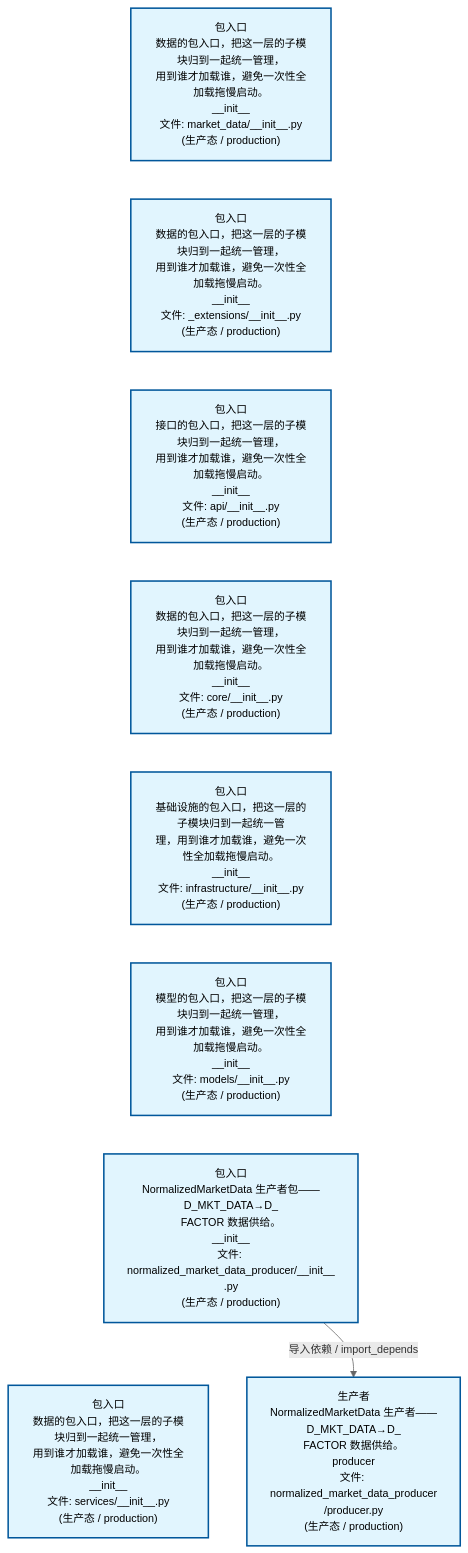
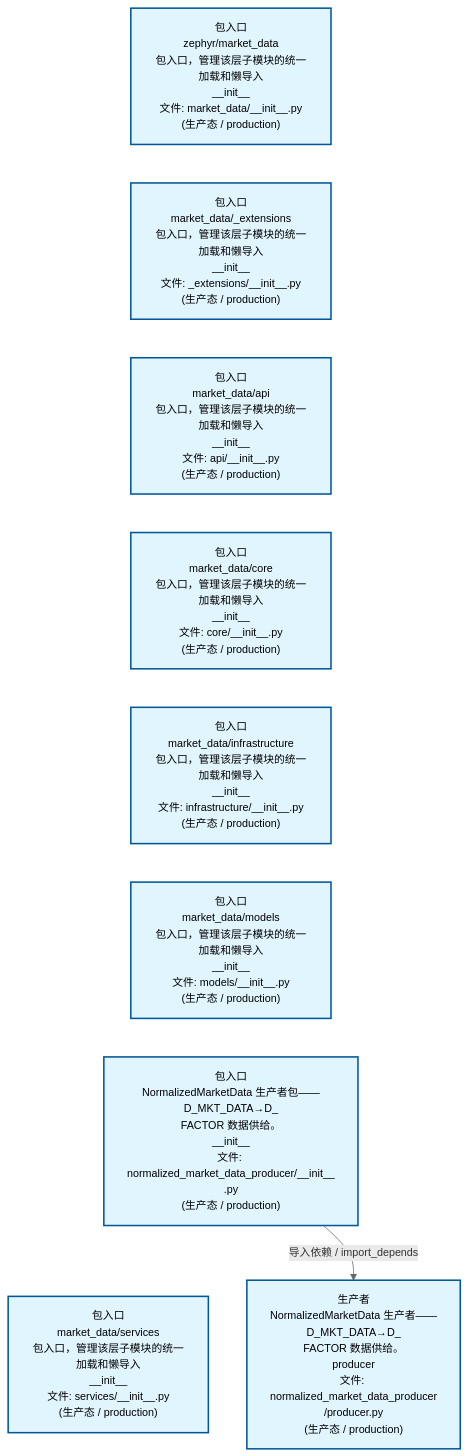
One commit to xuanFelixVan/ZephyrAlpha changed the second of 4 diagrams in docs/02_enterprise_architecture/02_domain_architecture_docs/23_d_mkt_data.md. Above: the diagram before and after it, drawn with Mermaid. The commit also changed other lines of this file and 60 other files, not shown here.

````diff
--- a/docs/02_enterprise_architecture/02_domain_architecture_docs/23_d_mkt_data.md
+++ b/docs/02_enterprise_architecture/02_domain_architecture_docs/23_d_mkt_data.md
@@ -112,26 +112,26 @@
 ```mermaid
 %%{init: {'theme': 'base', 'themeVariables': {'primaryColor': '#eaeaea', 'primaryTextColor': '#333333', 'primaryBorderColor': '#666666', 'lineColor': '#666666', 'secondaryColor': '#eaeaea', 'tertiaryColor': '#eaeaea', 'fontSize': '14px'}}}%%
 flowchart TD
-    src_zephyr_market_data_init_py["包入口<br/>数据的包入口，把这一层的子模块归到一起统一管理，<br/>用到谁才加载谁，避免一次性全加载拖慢启动。<br/>__init__<br/>文件: market_data/__init__.py<br/>(生产态 / production)"]
-    src_zephyr_market_data_extensions_init_py["包入口<br/>数据的包入口，把这一层的子模块归到一起统一管理，<br/>用到谁才加载谁，避免一次性全加载拖慢启动。<br/>__init__<br/>文件: _extensions/__init__.py<br/>(生产态 / production)"]
-    src_zephyr_market_data_api_init_py["包入口<br/>接口的包入口，把这一层的子模块归到一起统一管理，<br/>用到谁才加载谁，避免一次性全加载拖慢启动。<br/>__init__<br/>文件: api/__init__.py<br/>(生产态 / production)"]
-    src_zephyr_market_data_core_init_py["包入口<br/>数据的包入口，把这一层的子模块归到一起统一管理，<br/>用到谁才加载谁，避免一次性全加载拖慢启动。<br/>__init__<br/>文件: core/__init__.py<br/>(生产态 / production)"]
-    src_zephyr_market_data_infrastructure_init_py["包入口<br/>基础设施的包入口，把这一层的子模块归到一起统一管<br/>理，用到谁才加载谁，避免一次性全加载拖慢启动。<br/>__init__<br/>文件: infrastructure/__init__.py<br/>(生产态 / production)"]
-    src_zephyr_market_data_models_init_py["包入口<br/>模型的包入口，把这一层的子模块归到一起统一管理，<br/>用到谁才加载谁，避免一次性全加载拖慢启动。<br/>__init__<br/>文件: models/__init__.py<br/>(生产态 / production)"]
+    src_zephyr_market_data_init_py["包入口<br/>zephyr/market_data<br/>包入口，管理该层子模块的统一加载和懒导入<br/>__init__<br/>文件: market_data/__init__.py<br/>(生产态 / production)"]
+    src_zephyr_market_data_extensions_init_py["包入口<br/>market_data/_extensions<br/>包入口，管理该层子模块的统一加载和懒导入<br/>__init__<br/>文件: _extensions/__init__.py<br/>(生产态 / production)"]
+    src_zephyr_market_data_api_init_py["包入口<br/>market_data/api<br/>包入口，管理该层子模块的统一加载和懒导入<br/>__init__<br/>文件: api/__init__.py<br/>(生产态 / production)"]
+    src_zephyr_market_data_core_init_py["包入口<br/>market_data/core<br/>包入口，管理该层子模块的统一加载和懒导入<br/>__init__<br/>文件: core/__init__.py<br/>(生产态 / production)"]
+    src_zephyr_market_data_infrastructure_init_py["包入口<br/>market_data/infrastructure<br/>包入口，管理该层子模块的统一加载和懒导入<br/>__init__<br/>文件: infrastructure/__init__.py<br/>(生产态 / production)"]
+    src_zephyr_market_data_models_init_py["包入口<br/>market_data/models<br/>包入口，管理该层子模块的统一加载和懒导入<br/>__init__<br/>文件: models/__init__.py<br/>(生产态 / production)"]
     src_zephyr_market_data_normalized_market_data_producer_init_py["包入口<br/>NormalizedMarketData 生产者包——D_MKT_DATA→D_<br/>FACTOR 数据供给。<br/>__init__<br/>文件: normalized_market_data_producer/__init__<br/>.py<br/>(生产态 / production)"]
-    src_zephyr_market_data_services_init_py["包入口<br/>数据的包入口，把这一层的子模块归到一起统一管理，<br/>用到谁才加载谁，避免一次性全加载拖慢启动。<br/>__init__<br/>文件: services/__init__.py<br/>(生产态 / production)"]
+    src_zephyr_market_data_services_init_py["包入口<br/>market_data/services<br/>包入口，管理该层子模块的统一加载和懒导入<br/>__init__<br/>文件: services/__init__.py<br/>(生产态 / production)"]
     src_zephyr_market_data_init_py ~~~ src_zephyr_market_data_extensions_init_py
     src_zephyr_market_data_extensions_init_py ~~~ src_zephyr_market_data_api_init_py
     src_zephyr_market_data_api_init_py ~~~ src_zephyr_market_data_core_init_py
     src_zephyr_market_data_core_init_py ~~~ src_zephyr_market_data_infrastructure_init_py
     src_zephyr_market_data_infrastructure_init_py ~~~ src_zephyr_market_data_models_init_py
     src_zephyr_market_data_models_init_py ~~~ src_zephyr_market_data_normalized_market_data_producer_init_py
     src_zephyr_market_data_normalized_market_data_producer_init_py ~~~ src_zephyr_market_data_services_init_py
     src_zephyr_market_data_normalized_market_data_producer_producer_py["生产者<br/>NormalizedMarketData 生产者——D_MKT_DATA→D_<br/>FACTOR 数据供给。<br/>producer<br/>文件: normalized_market_data_producer<br/>/producer.py<br/>(生产态 / production)"]
     src_zephyr_market_data_normalized_market_data_producer_init_py -->|导入依赖 / import_depends| src_zephyr_market_data_normalized_market_data_producer_producer_py
     classDef production fill:#e1f5fe,stroke:#01579b,stroke-width:2px,color:#000
     classDef design fill:#fff3e0,stroke:#e65100,stroke-width:2px,color:#000,stroke-dasharray: 5 5
     classDef external_prod fill:#e8f4fd,stroke:#0277bd,stroke-width:1px,color:#000
     classDef external_design fill:#fff8e7,stroke:#ef6c00,stroke-width:1px,color:#000,stroke-dasharray: 5 5
     class src_zephyr_market_data_init_py,src_zephyr_market_data_extensions_init_py,src_zephyr_market_data_api_init_py,src_zephyr_market_data_core_init_py,src_zephyr_market_data_infrastructure_init_py,src_zephyr_market_data_models_init_py,src_zephyr_market_data_normalized_market_data_producer_init_py,src_zephyr_market_data_normalized_market_data_producer_producer_py,src_zephyr_market_data_services_init_py production
 ```
````
